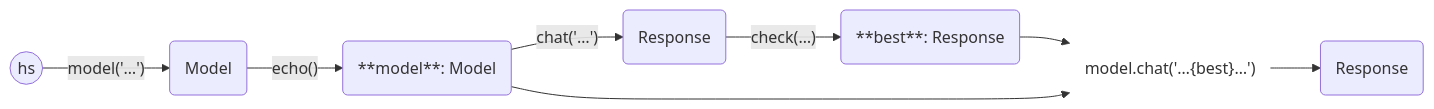
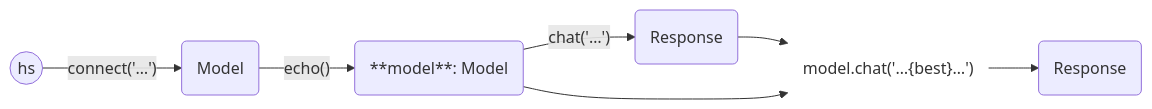
Before and after one commit to andygill/haverscript: the diagram in examples/chaining_answers/README.md, drawn with Mermaid. The commit also changed 14 other files, not shown here.

````diff
--- a/examples/chaining_answers/README.md
+++ b/examples/chaining_answers/README.md
@@ -59,23 +59,21 @@
 ```mermaid
 graph LR
 
     start((hs))
     m0(Model)
     r0(Response)
-    r1(**best**: Response)
     chat("model.chat('…{best}…')")
     m1(**model**: Model)
     r2(Response)
 
 
-    start -- model('…') --> m0
+    start -- connect('…') --> m0
     m0 -- echo() --> m1
     m1 -- chat('…') --> r0
-    r0 -- check(…) --> r1
-    r1 --> chat
+    r0 --> chat
     m1 --> chat
     chat --> r2
 
     style chat fill:none, stroke: none
 
 ```
````
